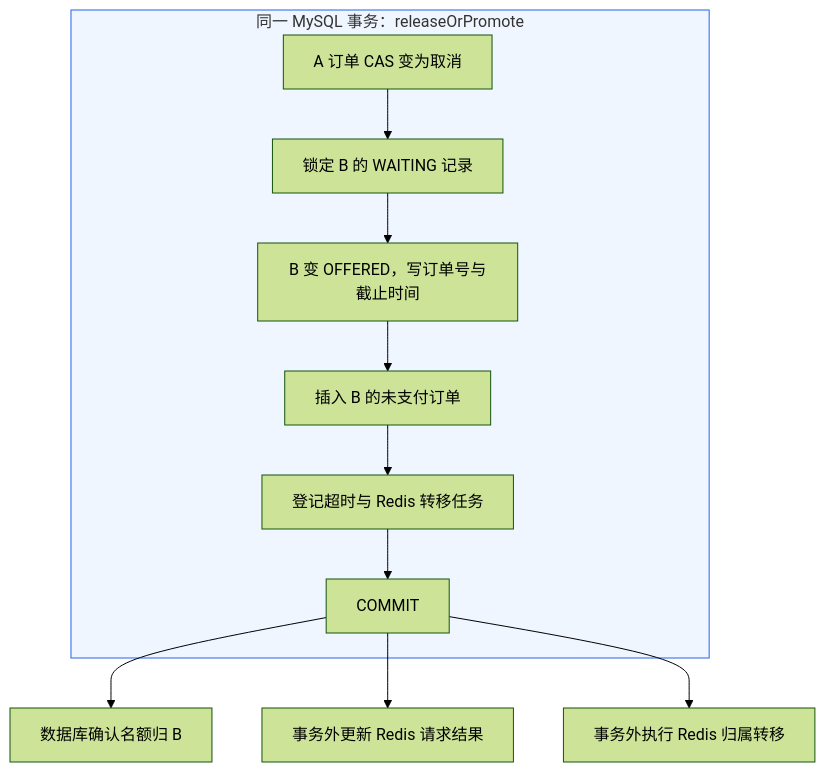
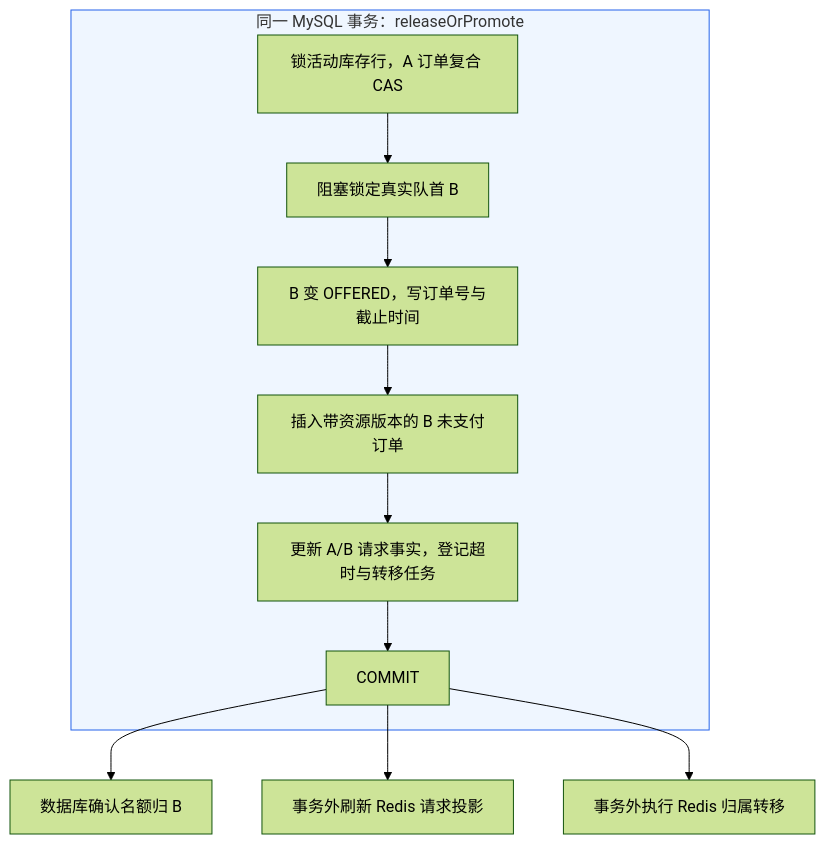
One commit to SyH-101/citypass-platform changed the sixth of 11 diagrams in 03-候补调度与资源交接.md. Above: the diagram before and after it, drawn with Mermaid (forest theme). The commit also changed other lines of this file and 1 other file, not shown here.

````diff
--- a/03-候补调度与资源交接.md
+++ b/03-候补调度与资源交接.md
@@ -670,14 +696,14 @@
 ```mermaid
 flowchart TD
     subgraph TX["同一 MySQL 事务：releaseOrPromote"]
-        A[A 订单 CAS 变为取消] --> B[锁定 B 的 WAITING 记录]
+        A[锁活动库存行，A 订单复合 CAS] --> B[阻塞锁定真实队首 B]
         B --> C[B 变 OFFERED，写订单号与截止时间]
-        C --> D[插入 B 的未支付订单]
-        D --> E[登记超时与 Redis 转移任务]
+        C --> D[插入带资源版本的 B 未支付订单]
+        D --> E[更新 A/B 请求事实，登记超时与转移任务]
         E --> F[COMMIT]
     end
     F --> G[数据库确认名额归 B]
-    F --> H[事务外更新 Redis 请求结果]
+    F --> H[事务外刷新 Redis 请求投影]
     F --> I[事务外执行 Redis 归属转移]
     style TX fill:#eff6ff,stroke:#2563eb
 ```
````
